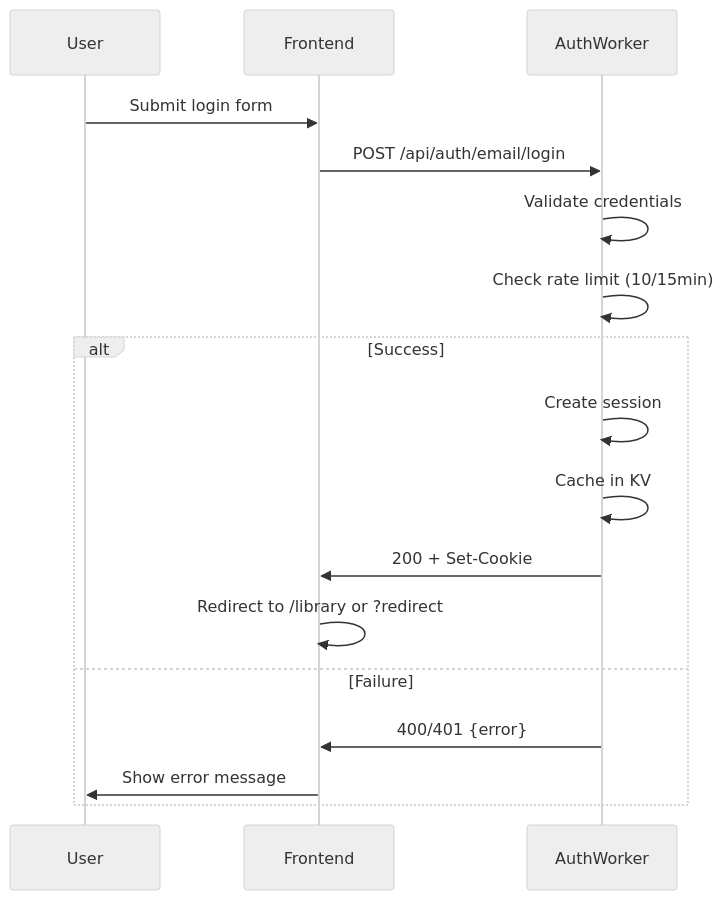
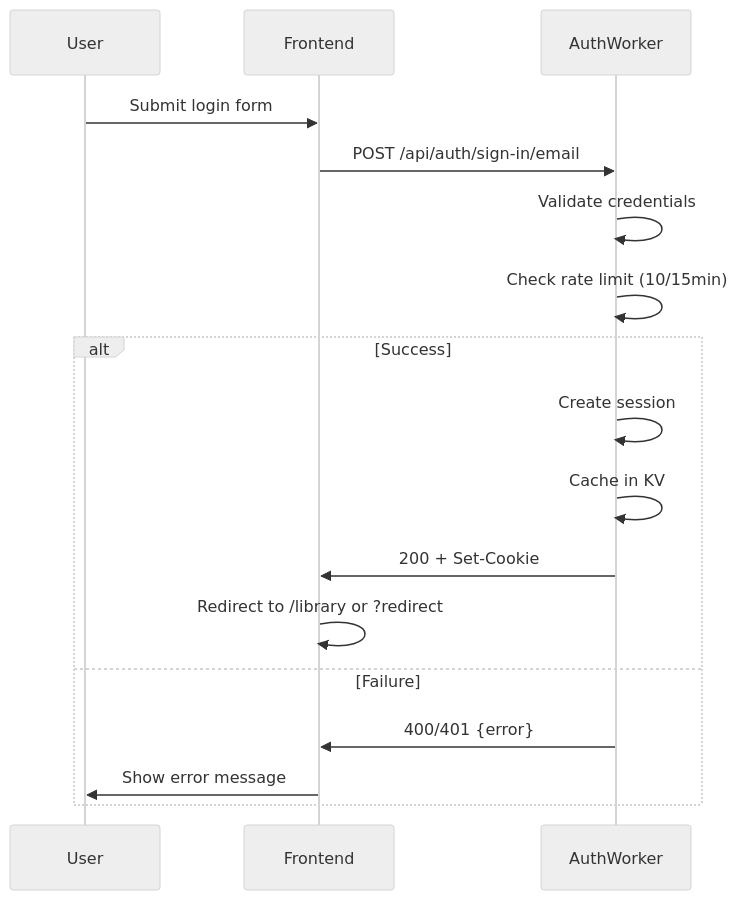
Before and after one commit to brucemckayone/codex: the third of 8 diagrams in design/frontend/AUTH.md, drawn with Mermaid (neutral theme). The commit also changed other lines of this file and 7 other files, not shown here.

````diff
--- a/design/frontend/AUTH.md
+++ b/design/frontend/AUTH.md
@@ -134,21 +134,21 @@
 ```mermaid
 sequenceDiagram
     participant User
     participant Frontend
     participant AuthWorker
 
     User->>Frontend: Submit login form
-    Frontend->>AuthWorker: POST /api/auth/email/login
+    Frontend->>AuthWorker: POST /api/auth/sign-in/email
     AuthWorker->>AuthWorker: Validate credentials
     AuthWorker->>AuthWorker: Check rate limit (10/15min)
 
     alt Success
         AuthWorker->>AuthWorker: Create session
         AuthWorker->>AuthWorker: Cache in KV
         AuthWorker->>Frontend: 200 + Set-Cookie
         Frontend->>Frontend: Redirect to /library or ?redirect
     else Failure
         AuthWorker->>Frontend: 400/401 {error}
         Frontend->>User: Show error message
     end
 ```
````
